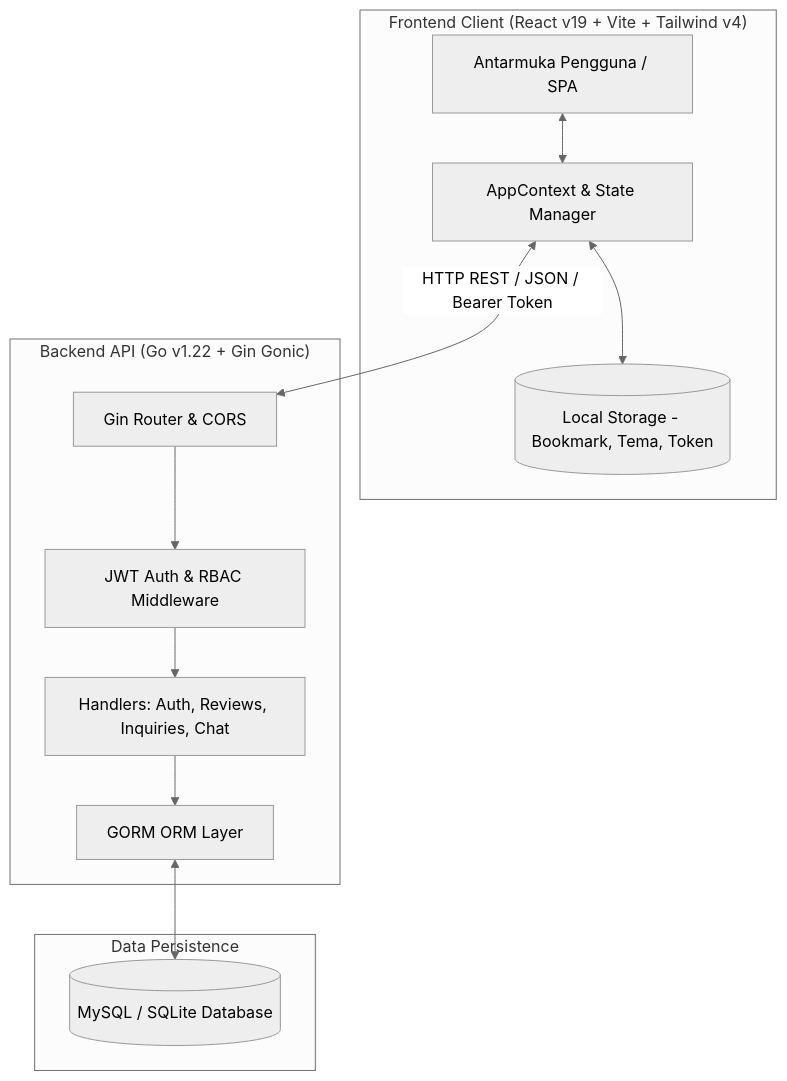
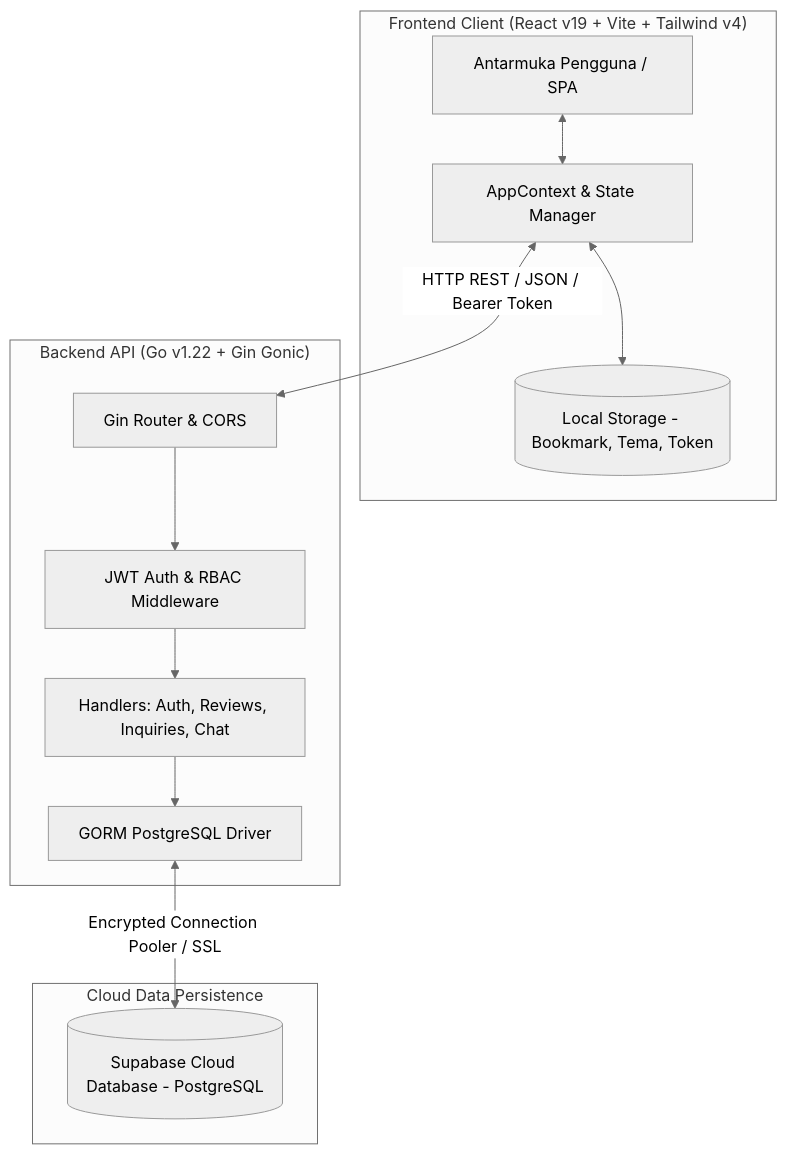
The first of 7 diagrams in WORKFLOW.md (WaraneyKamagi/Web-Bukit-Kasih), drawn with Mermaid (neutral theme) before and after one commit. The commit also changed other lines of this file and 24 other files, not shown here.

Commit message:
Migrasi database ke Supabase

````diff
--- a/WORKFLOW.md
+++ b/WORKFLOW.md
@@ -23,27 +23,27 @@
 ```mermaid
 graph TD
     subgraph Client["Frontend Client (React v19 + Vite + Tailwind v4)"]
         UI[Antarmuka Pengguna / SPA]
         Ctx[AppContext & State Manager]
         LS[(Local Storage - Bookmark, Tema, Token)]
     end
 
     subgraph API["Backend API (Go v1.22 + Gin Gonic)"]
         Router[Gin Router & CORS]
         MW[JWT Auth & RBAC Middleware]
         Handlers[Handlers: Auth, Reviews, Inquiries, Chat]
-        ORM[GORM ORM Layer]
+        ORM[GORM PostgreSQL Driver]
     end
 
-    subgraph Storage["Data Persistence"]
-        DB[(MySQL / SQLite Database)]
+    subgraph Storage["Cloud Data Persistence"]
+        DB[(Supabase Cloud Database - PostgreSQL)]
     end
 
     UI <--> Ctx
     Ctx <--> LS
     Ctx <-->|HTTP REST / JSON / Bearer Token| Router
     Router --> MW
     MW --> Handlers
     Handlers --> ORM
-    ORM <--> DB
+    ORM <-->|Encrypted Connection Pooler / SSL| DB
 ```
````
